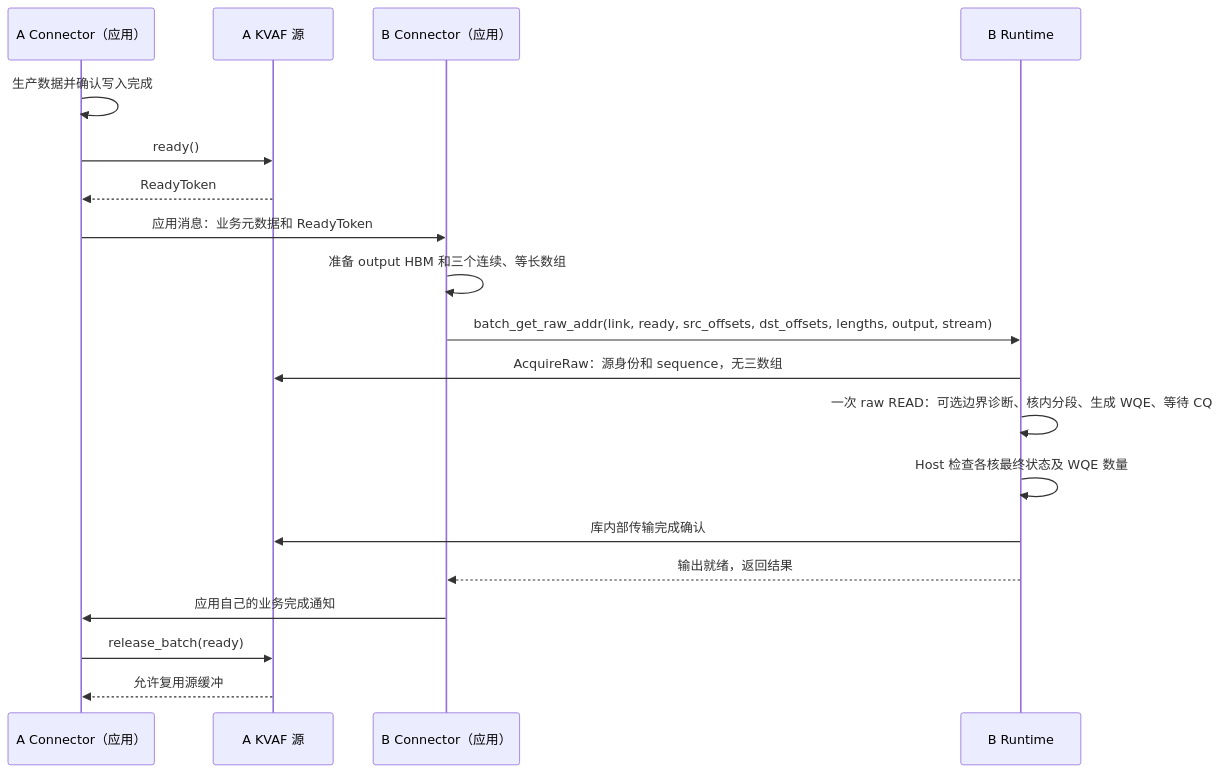
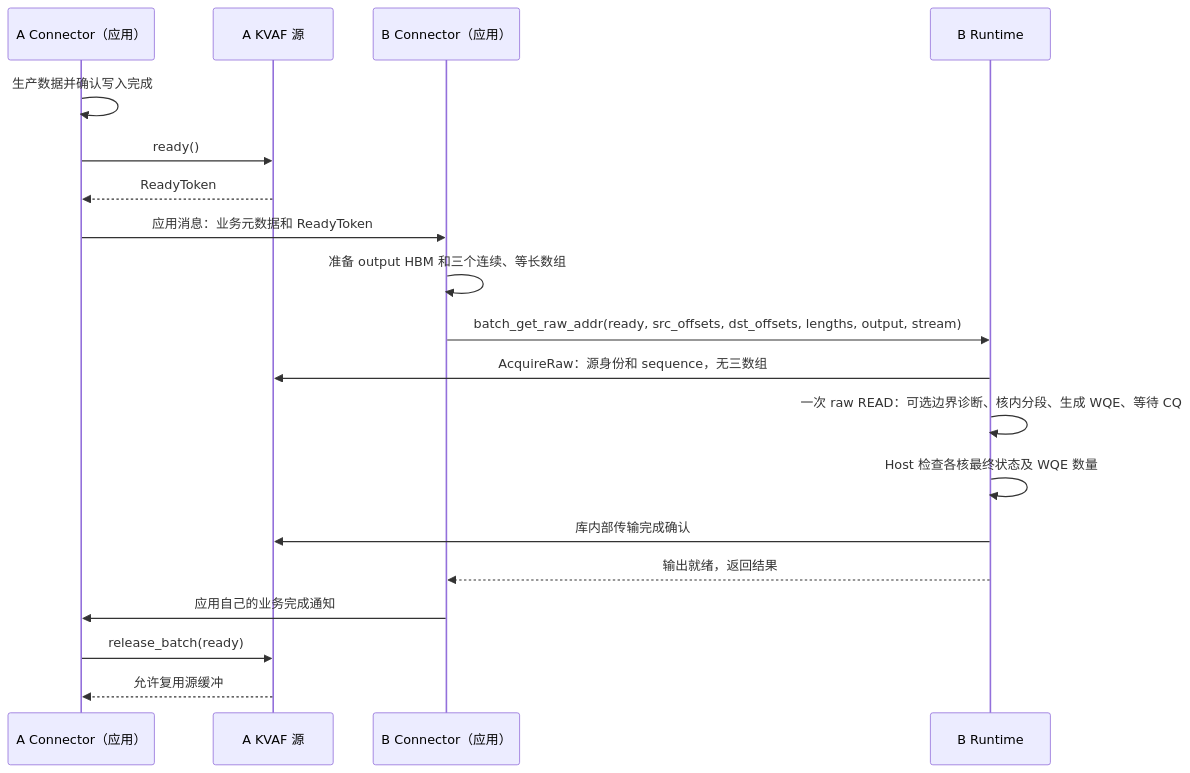
One commit to zxdgongjue-spec/KVAF changed the second of 2 diagrams in docs/connector_pull_api_design.md. Above: the diagram before and after it, drawn with Mermaid. The commit also changed other lines of this file and 22 other files, not shown here.

````diff
--- a/docs/connector_pull_api_design.md
+++ b/docs/connector_pull_api_design.md
@@ -419,22 +423,22 @@
 ```mermaid
 sequenceDiagram
     participant AC as A Connector（应用）
     participant AS as A KVAF 源
     participant BC as B Connector（应用）
     participant BR as B Runtime
 
     AC->>AC: 生产数据并确认写入完成
     AC->>AS: ready()
     AS-->>AC: ReadyToken
     AC->>BC: 应用消息：业务元数据和 ReadyToken
     BC->>BC: 准备 output HBM 和三个连续、等长数组
-    BC->>BR: batch_get_raw_addr(link, ready, src_offsets, dst_offsets, lengths, output, stream)
+    BC->>BR: batch_get_raw_addr(ready, src_offsets, dst_offsets, lengths, output, stream)
     BR->>AS: AcquireRaw：源身份和 sequence，无三数组
     BR->>BR: 一次 raw READ：可选边界诊断、核内分段、生成 WQE、等待 CQ
     BR->>BR: Host 检查各核最终状态及 WQE 数量
     BR->>AS: 库内部传输完成确认
     BR-->>BC: 输出就绪，返回结果
     BC->>AC: 应用自己的业务完成通知
     AC->>AS: release_batch(ready)
     AS-->>AC: 允许复用源缓冲
 ```
````
